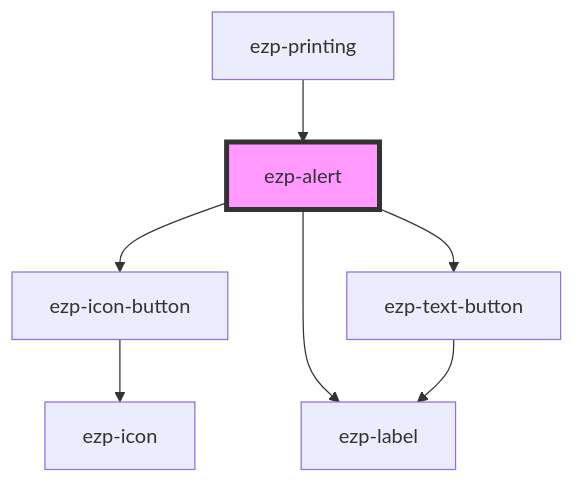
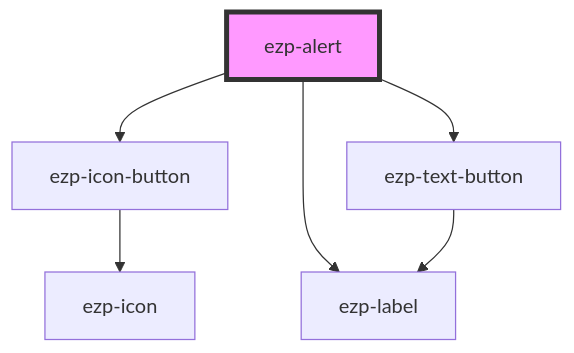
The diagram in src/components/ezp-alert/readme.md (ezeep/ezeep-js), drawn with Mermaid before and after one commit. The commit also changed other lines of this file and 6 other files, not shown here.

````diff
--- a/src/components/ezp-alert/readme.md
+++ b/src/components/ezp-alert/readme.md
@@ -32,10 +28,9 @@
 ```mermaid
 graph TD;
   ezp-alert --> ezp-icon-button
   ezp-alert --> ezp-label
   ezp-alert --> ezp-text-button
   ezp-icon-button --> ezp-icon
   ezp-text-button --> ezp-label
-  ezp-printing --> ezp-alert
   style ezp-alert fill:#f9f,stroke:#333,stroke-width:4px
 ```
````
